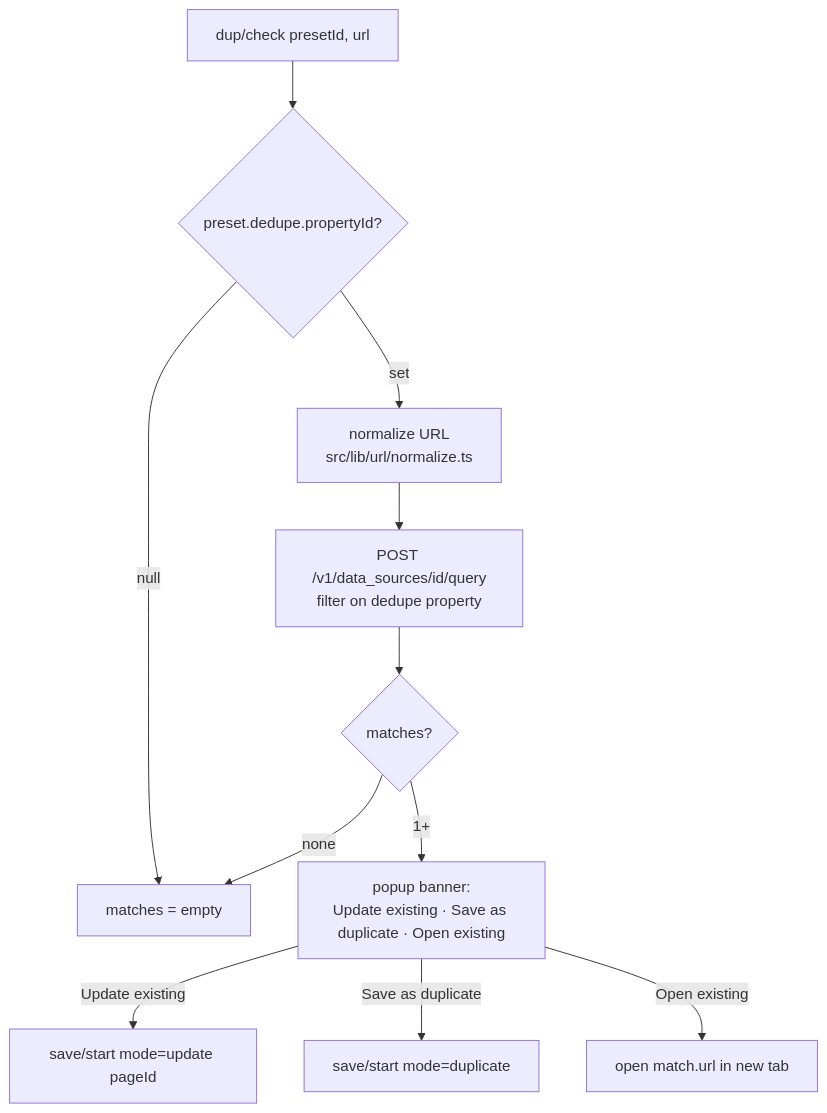
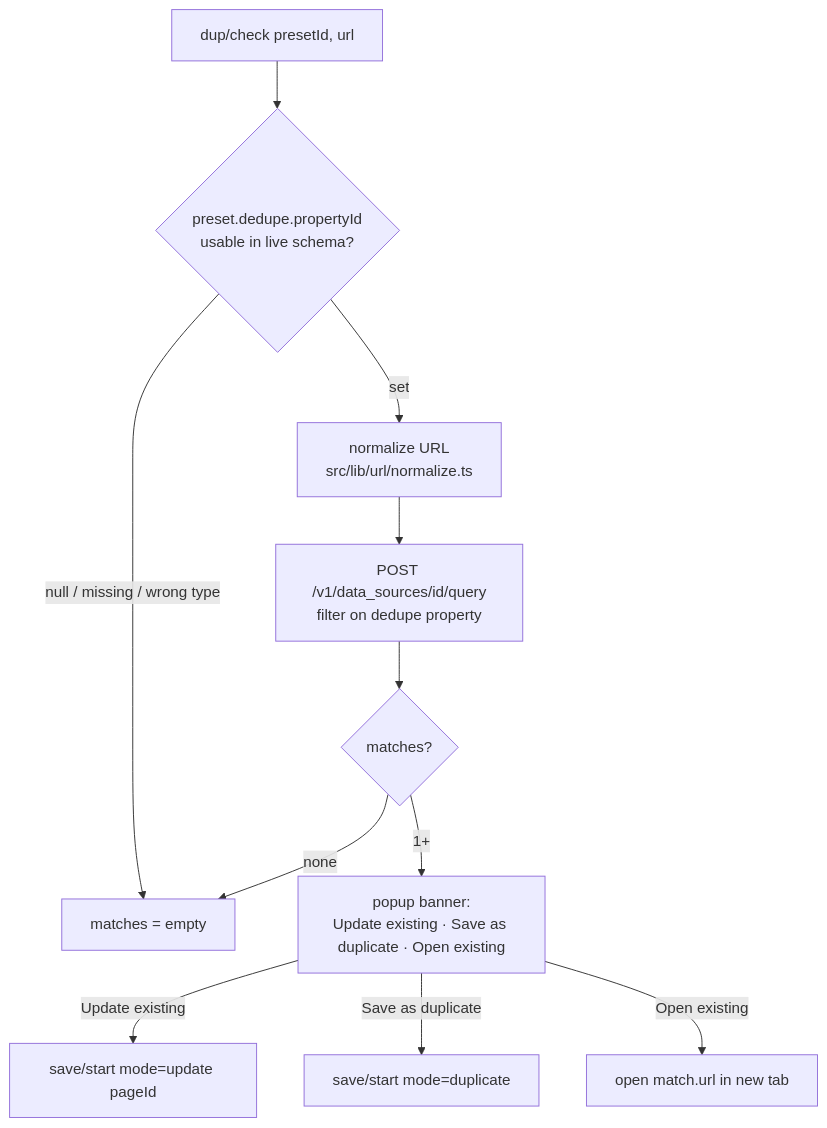
Before and after one commit to 3333444n/sitecatch: the fourth of 4 diagrams in docs/architecture.md, drawn with Mermaid. The commit also changed other lines of this file and 14 other files, not shown here.

````diff
--- a/docs/architecture.md
+++ b/docs/architecture.md
@@ -152,13 +153,13 @@
 ```mermaid
 flowchart TD
-  A[dup/check presetId, url] --> B{preset.dedupe.propertyId?}
-  B -->|null| Z[matches = empty]
+  A[dup/check presetId, url] --> B{preset.dedupe.propertyId<br/>usable in live schema?}
+  B -->|null / missing / wrong type| Z[matches = empty]
   B -->|set| C[normalize URL<br/>src/lib/url/normalize.ts]
   C --> D[POST /v1/data_sources/id/query<br/>filter on dedupe property]
   D --> E{matches?}
   E -->|none| Z
   E -->|1+| F[popup banner:<br/>Update existing · Save as duplicate · Open existing]
   F -->|Update existing| G[save/start mode=update pageId]
   F -->|Save as duplicate| H[save/start mode=duplicate]
   F -->|Open existing| I[open match.url in new tab]
 ```
````
